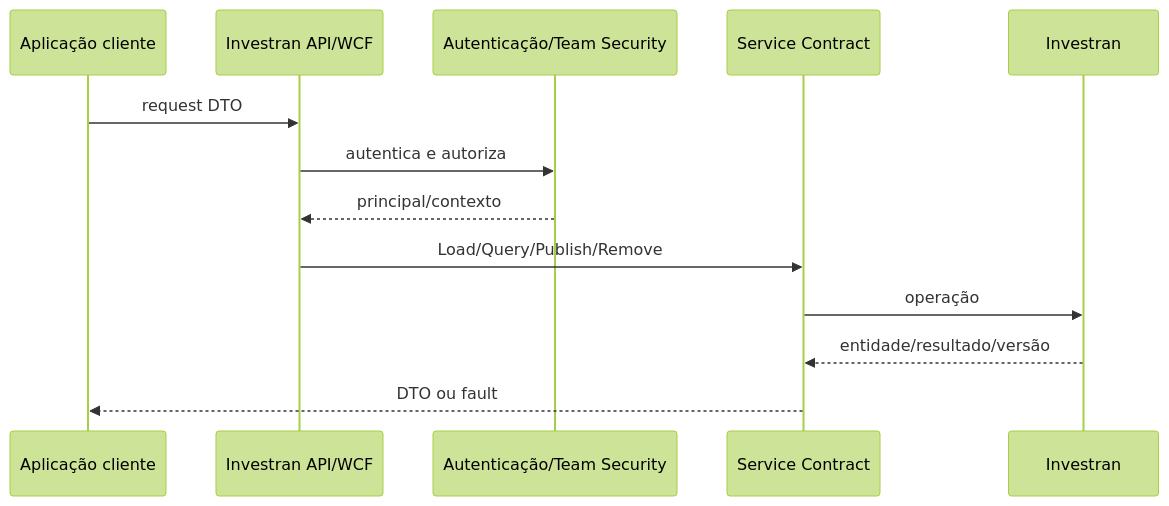
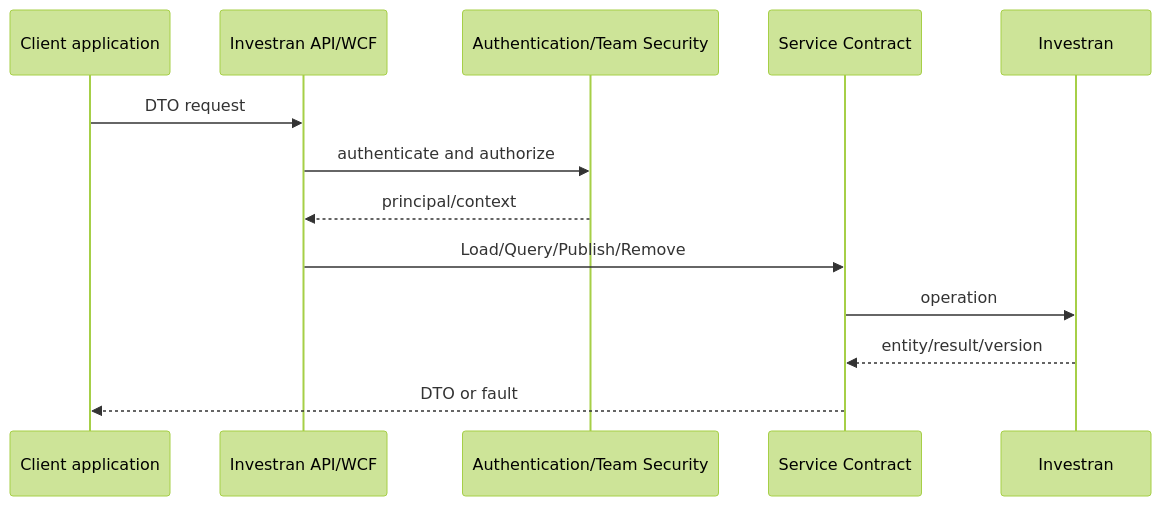
Before and after one commit to msekimoto/investran: the third of 3 diagrams in docs/arquitetura/03-fluxos-ponta-a-ponta.md, drawn with Mermaid (forest theme). The commit also changed other lines of this file and 52 other files, not shown here.

````diff
--- a/docs/arquitetura/03-fluxos-ponta-a-ponta.md
+++ b/docs/arquitetura/03-fluxos-ponta-a-ponta.md
@@ -48,16 +46,15 @@
 ```mermaid
 sequenceDiagram
-    participant A as Aplicação cliente
+    participant A as Client application
     participant API as Investran API/WCF
-    participant SEC as Autenticação/Team Security
+    participant SEC as Authentication/Team Security
     participant SVC as Service Contract
     participant DB as Investran
-
-    A->>API: request DTO
-    API->>SEC: autentica e autoriza
-    SEC-->>API: principal/contexto
+    A->>API: DTO request
+    API->>SEC: authenticate and authorize
+    SEC-->>API: principal/context
     API->>SVC: Load/Query/Publish/Remove
-    SVC->>DB: operação
-    DB-->>SVC: entidade/resultado/versão
-    SVC-->>A: DTO ou fault
+    SVC->>DB: operation
+    DB-->>SVC: entity/result/version
+    SVC-->>A: DTO or fault
 ```
````
